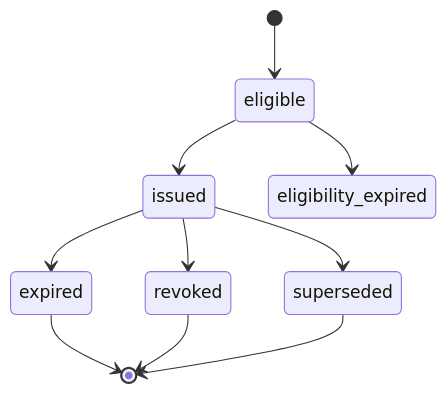
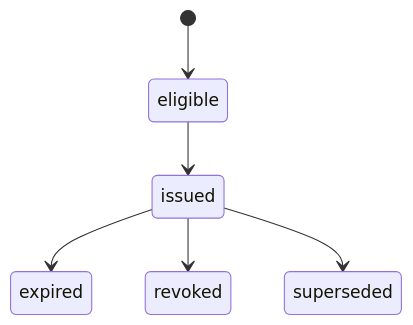
One commit to pablo-marchina/LMS-estimulo changed the ninth of 10 diagrams in docs/domain/LIFECYCLES_AND_STATE_MACHINES.md. Above: the diagram before and after it, drawn with Mermaid. The commit also changed other lines of this file and 23 other files, not shown here.

````diff
--- a/docs/domain/LIFECYCLES_AND_STATE_MACHINES.md
+++ b/docs/domain/LIFECYCLES_AND_STATE_MACHINES.md
@@ -250,12 +146,8 @@
 ```mermaid
 stateDiagram-v2
     [*] --> eligible
     eligible --> issued
-    eligible --> eligibility_expired
     issued --> expired
     issued --> revoked
     issued --> superseded
-    expired --> [*]
-    revoked --> [*]
-    superseded --> [*]
 ```
````
